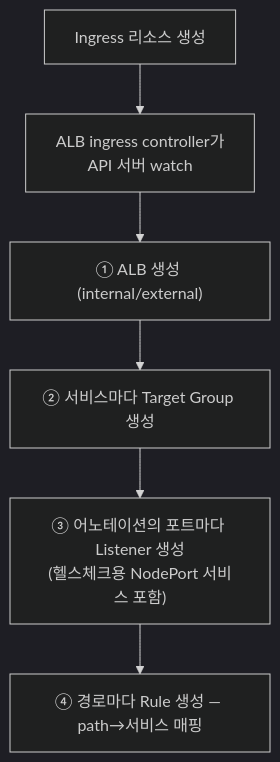
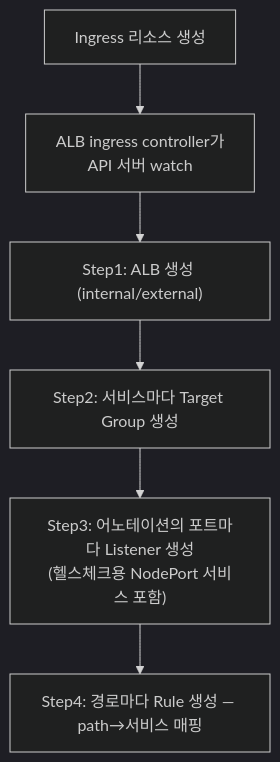
Before and after one commit to scofe97/StduyWrite: the diagram in write/08_cloud/book/networking-and-kubernetes/06-01.AWS 네트워킹과 EKS — VPC 부품으로 조립하는 클러스터.md, drawn with Mermaid (dark theme). The commit also changed other lines of this file and 47 other files, not shown here.

````diff
--- a/write/08_cloud/book/networking-and-kubernetes/06-01.AWS 네트워킹과 EKS — VPC 부품으로 조립하는 클러스터.md
+++ b/write/08_cloud/book/networking-and-kubernetes/06-01.AWS 네트워킹과 EKS — VPC 부품으로 조립하는 클러스터.md
@@ -134,8 +190,8 @@
 ```mermaid
 flowchart TB
     ing["Ingress 리소스 생성"] --> w["ALB ingress controller가<br>API 서버 watch"]
-    w --> alb["① ALB 생성 (internal/external)"]
-    alb --> tg["② 서비스마다 Target Group 생성"]
-    tg --> l["③ 어노테이션의 포트마다 Listener 생성<br>(헬스체크용 NodePort 서비스 포함)"]
-    l --> r["④ 경로마다 Rule 생성 — path→서비스 매핑"]
+    w --> alb["Step1: ALB 생성 (internal/external)"]
+    alb --> tg["Step2: 서비스마다 Target Group 생성"]
+    tg --> l["Step3: 어노테이션의 포트마다 Listener 생성<br>(헬스체크용 NodePort 서비스 포함)"]
+    l --> r["Step4: 경로마다 Rule 생성 — path→서비스 매핑"]
 ```
````
